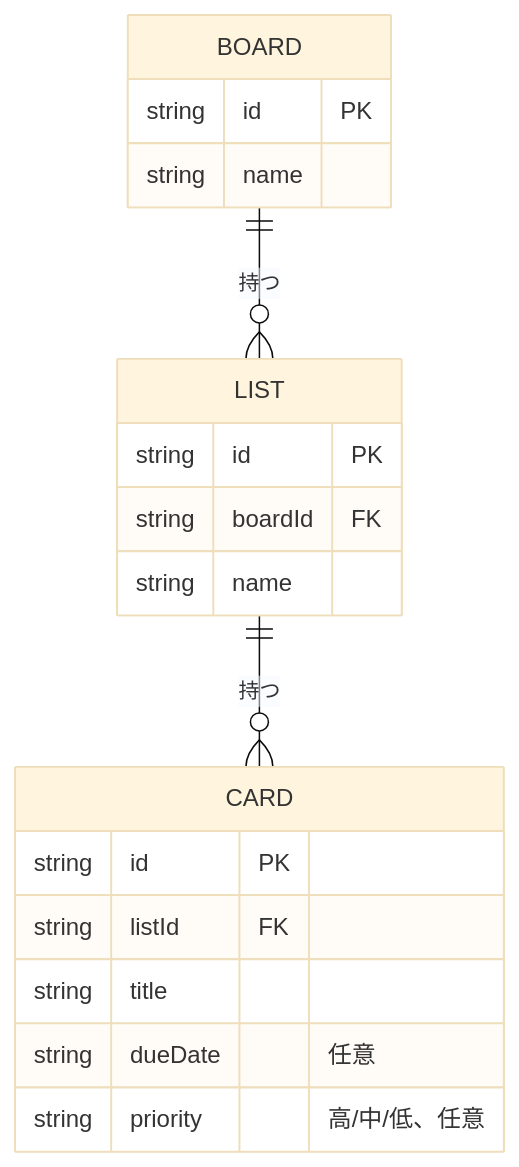
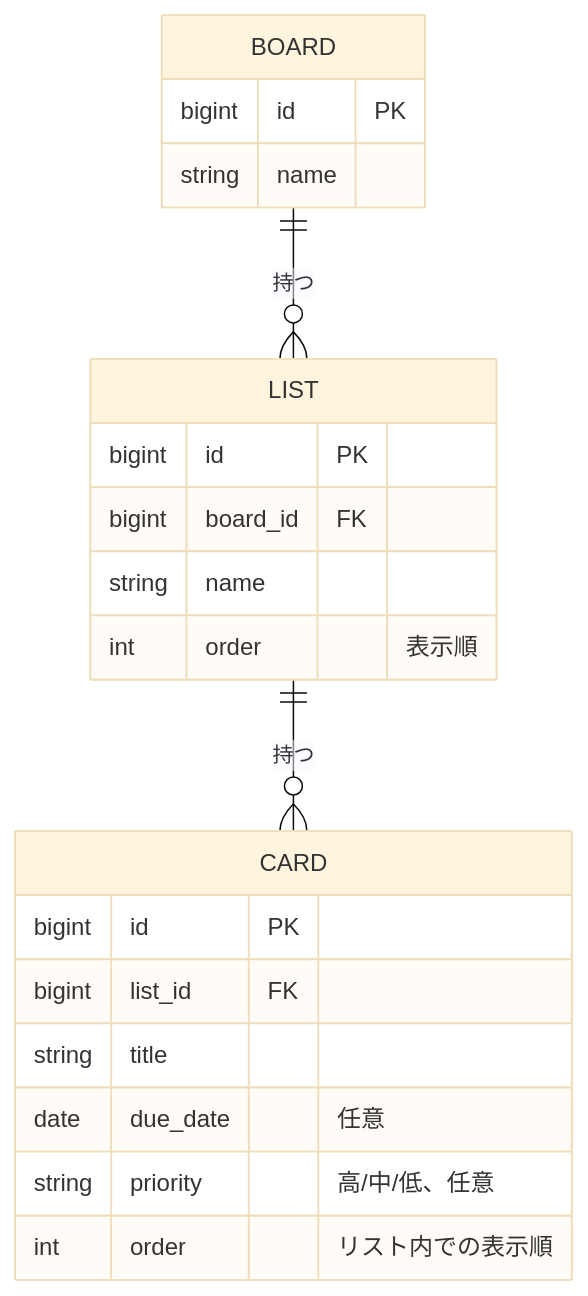
Before and after one commit to takeuchikoutagg/AI-java-study: the diagram in docs/ER図.md, drawn with Mermaid (base theme). The commit also changed other lines of this file and 33 other files, not shown here.

````diff
--- a/docs/ER図.md
+++ b/docs/ER図.md
@@ -7,22 +7,24 @@
 ```mermaid
 erDiagram
     BOARD ||--o{ LIST : "持つ"
     LIST ||--o{ CARD : "持つ"
 
     BOARD {
-        string id PK
+        bigint id PK
         string name
     }
     LIST {
-        string id PK
-        string boardId FK
+        bigint id PK
+        bigint board_id FK
         string name
+        int order "表示順"
     }
     CARD {
-        string id PK
-        string listId FK
+        bigint id PK
+        bigint list_id FK
         string title
-        string dueDate "任意"
+        date due_date "任意"
         string priority "高/中/低、任意"
+        int order "リスト内での表示順"
     }
 ```
````
